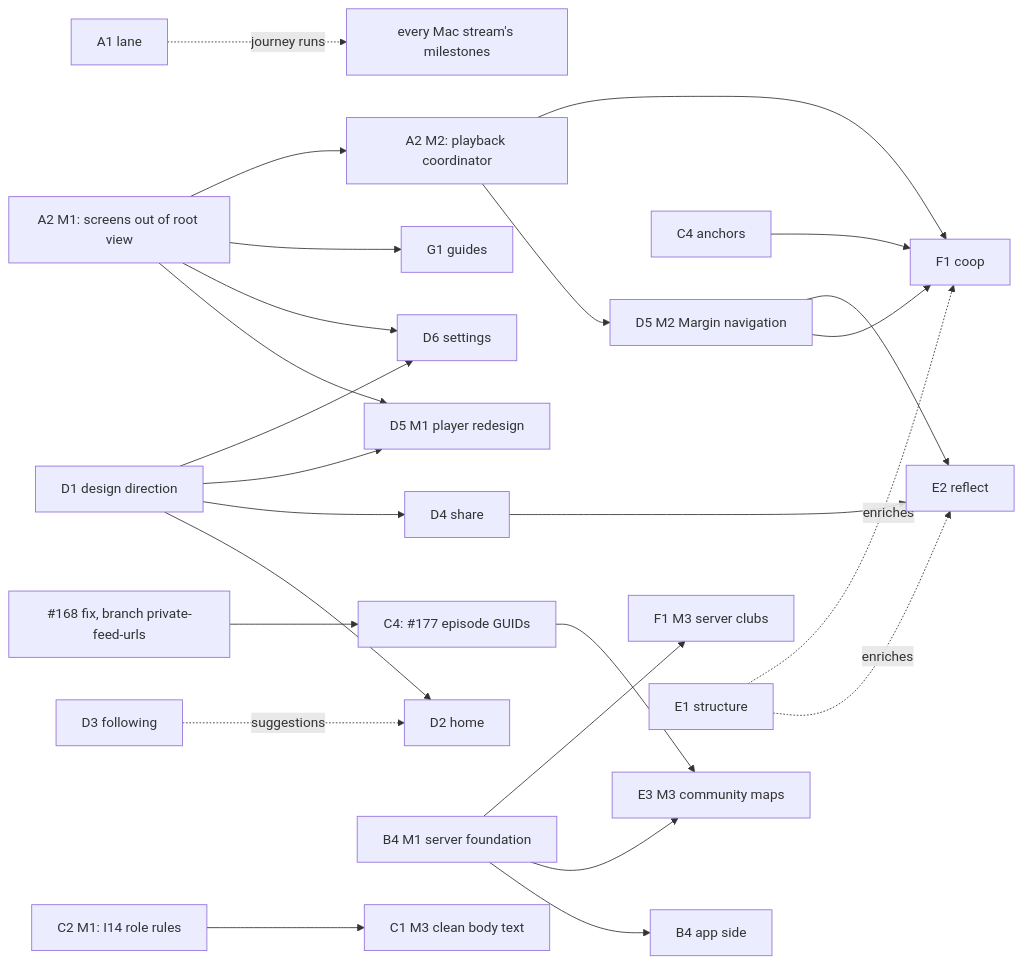
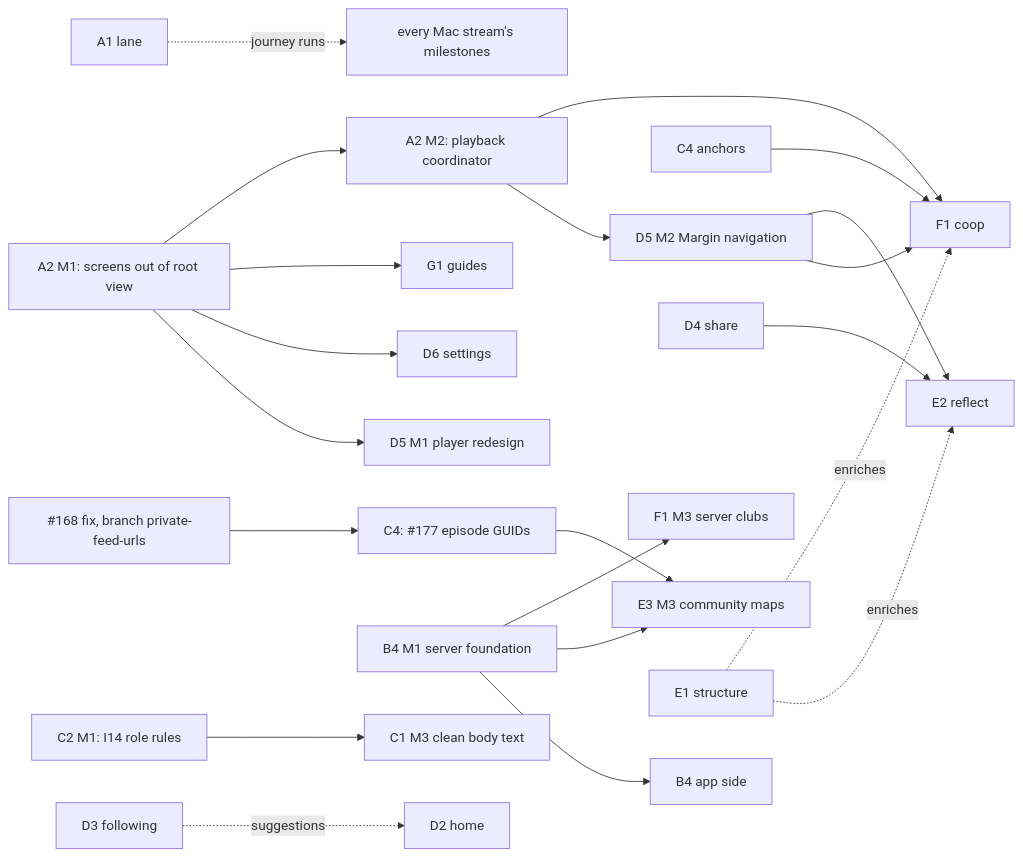
Before and after one commit to Spoken-Margins/spoken-margins-native: the diagram in docs/workstreams/README.md, drawn with Mermaid. The commit also changed other lines of this file and 2 other files, not shown here.

````diff
--- a/docs/workstreams/README.md
+++ b/docs/workstreams/README.md
@@ -68,16 +67,15 @@
 ```mermaid
 flowchart LR
   A1[A1 lane] -. journey runs .-> ALL[every Mac stream's milestones]
   A2M1[A2 M1: screens out of root view] --> D5M1[D5 M1 player redesign] & D6[D6 settings] & G1[G1 guides]
   A2M1 --> A2M2[A2 M2: playback coordinator]
-  D1[D1 design direction] --> D2[D2 home] & D4[D4 share] & D5M1 & D6
   A2M2 --> D5M2[D5 M2 Margin navigation] & F1[F1 coop]
   D5M2 --> F1 & E2[E2 reflect]
   C4[C4 anchors] --> F1
   D4M0[#168 fix, branch private-feed-urls] --> G177[C4: #177 episode GUIDs] --> E3M3[E3 M3 community maps]
-  D4 --> E2
+  D4[D4 share] --> E2
   B4M1[B4 M1 server foundation] --> B4M3[B4 app side] & E3M3 & F1S[F1 M3 server clubs]
   C2M1[C2 M1: I14 role rules] --> C1M3[C1 M3 clean body text]
   E1[E1 structure] -. enriches .-> E2 & F1
-  D3[D3 following] -. suggestions .-> D2
+  D3[D3 following] -. suggestions .-> D2[D2 home]
 ```
````
